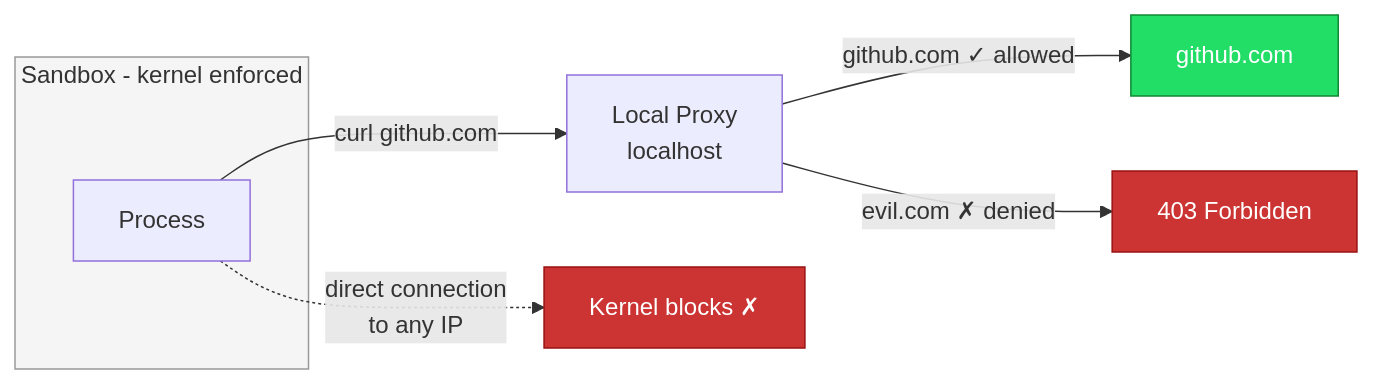
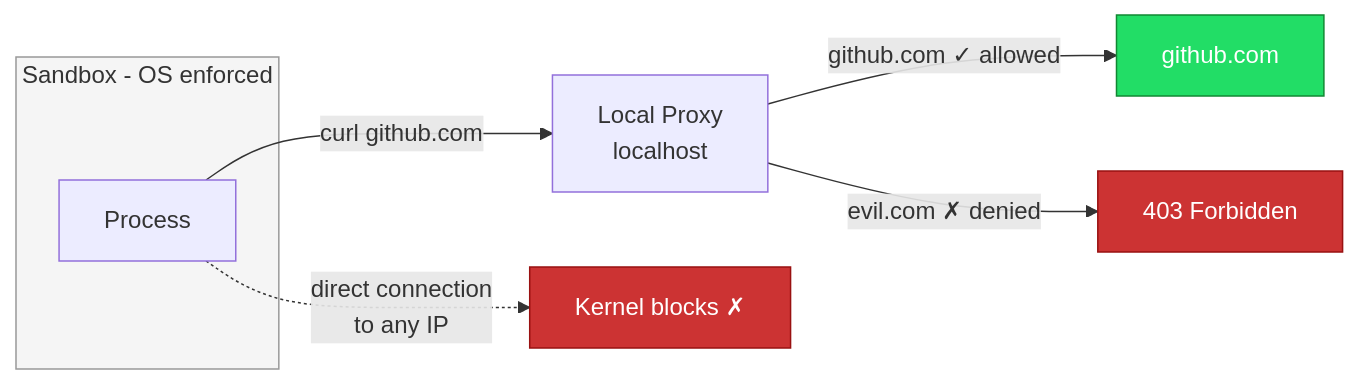
Before and after one commit to Harikrishnareddyl/cato: the second of 3 diagrams in README.md, drawn with Mermaid. The commit also changed other lines of this file and 22 other files, not shown here.

````diff
--- a/README.md
+++ b/README.md
@@ -213,16 +213,16 @@
 ```mermaid
 flowchart LR
-    subgraph Sandbox [Sandbox - kernel enforced]
+    subgraph Sandbox [Sandbox - OS enforced]
         P[Process]
     end
 
     P -->|"curl github.com"| Proxy[Local Proxy\nlocalhost]
     Proxy -->|"github.com ✓ allowed"| Internet["github.com"]
     Proxy -->|"evil.com ✗ denied"| Block[403 Forbidden]
     P -.->|"direct connection\nto any IP"| Kernel["Kernel blocks ✗"]
 
     style Block fill:#c33,stroke:#911,color:#fff
     style Kernel fill:#c33,stroke:#911,color:#fff
     style Internet fill:#2d6,stroke:#183,color:#fff
     style Sandbox fill:#f5f5f5,stroke:#999
 ```
````
